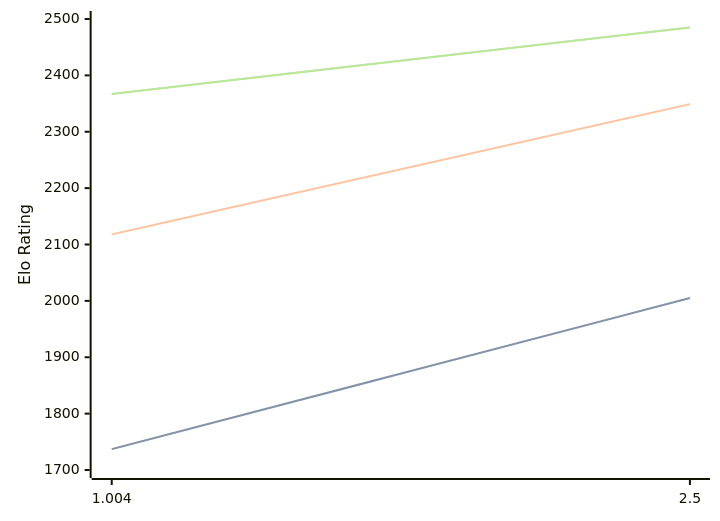
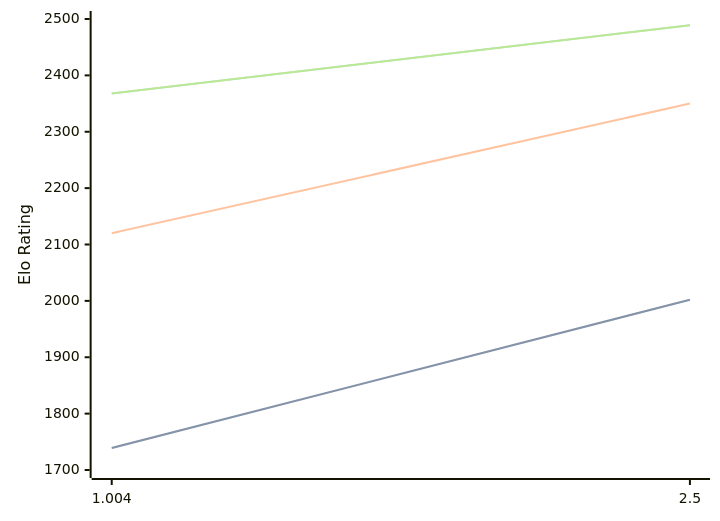
One commit to computer-chess-index/cci changed the diagram in engines/Ares.md. Above: the diagram before and after it, drawn with Mermaid. The commit also changed other lines of this file, not shown here.

Commit message:
Update CCI Ratings (ELO VLTC) - 2026-02-20

````diff
--- a/engines/Ares.md
+++ b/engines/Ares.md
@@ -29,11 +29,11 @@
 ```mermaid
 %%{init: {"theme":"base","themeVariables":{"seriesColors:['#a3a3a3','#222221','#faa371']}}}%%
 xychart-beta
   x-axis ["1.004", "2.5"]
   y-axis "Elo Rating" 1700 --> 2500
-  line "STC (8.0+0.08s)" [1737, 2005]
-  line "STC (8.0+0.08s)" [1737, 2005]
-  line "LTC (60.0+0.60s)" [2118, 2349]
-  line "VLTC (2m24s+1.12s)" [2367, 2485]
-  line "VLTC (2m24s+1.12s)" [2367, 2485]
+  line "STC (8.0+0.08s)" [1739, 2002]
+  line "STC (8.0+0.08s)" [1739, 2002]
+  line "LTC (60.0+0.60s)" [2120, 2350]
+  line "VLTC (2m24s+1.12s)" [2368, 2489]
+  line "VLTC (2m24s+1.12s)" [2368, 2489]
 ```
````
